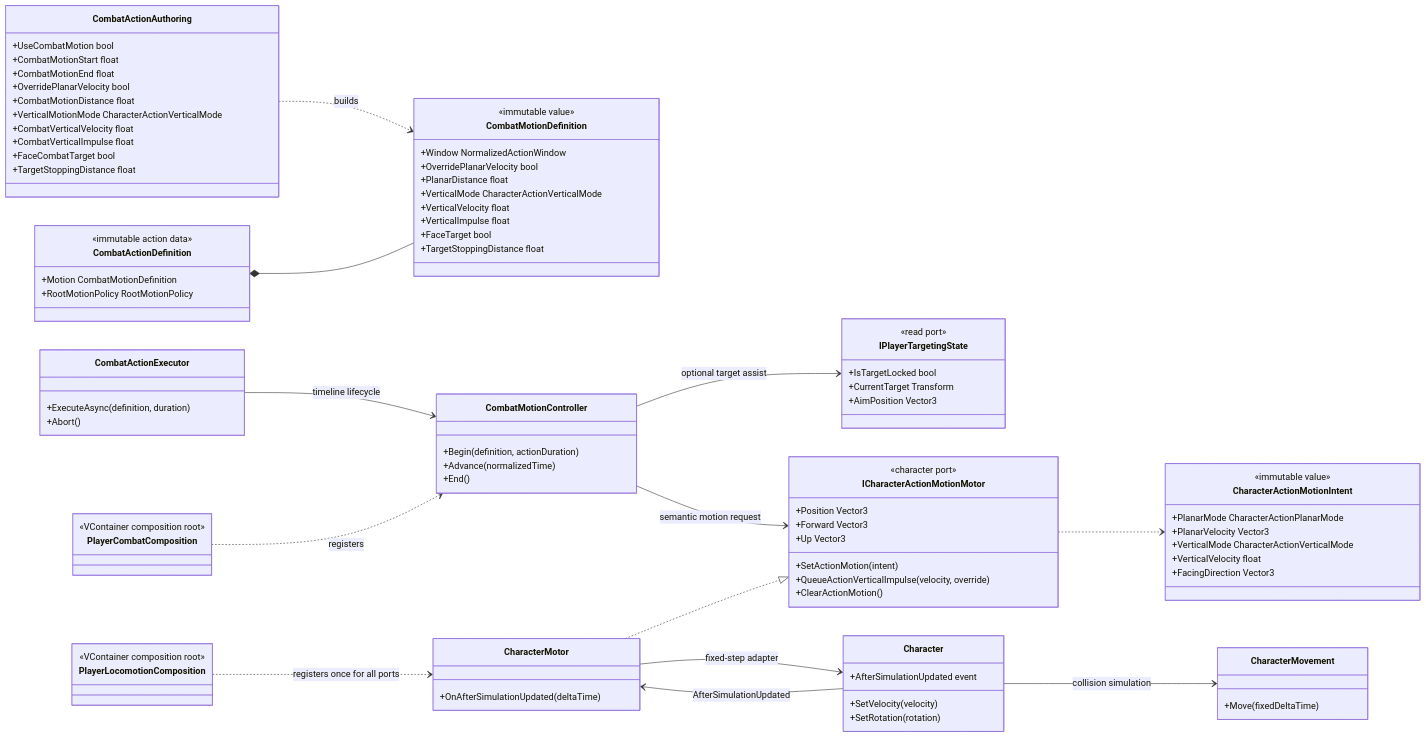
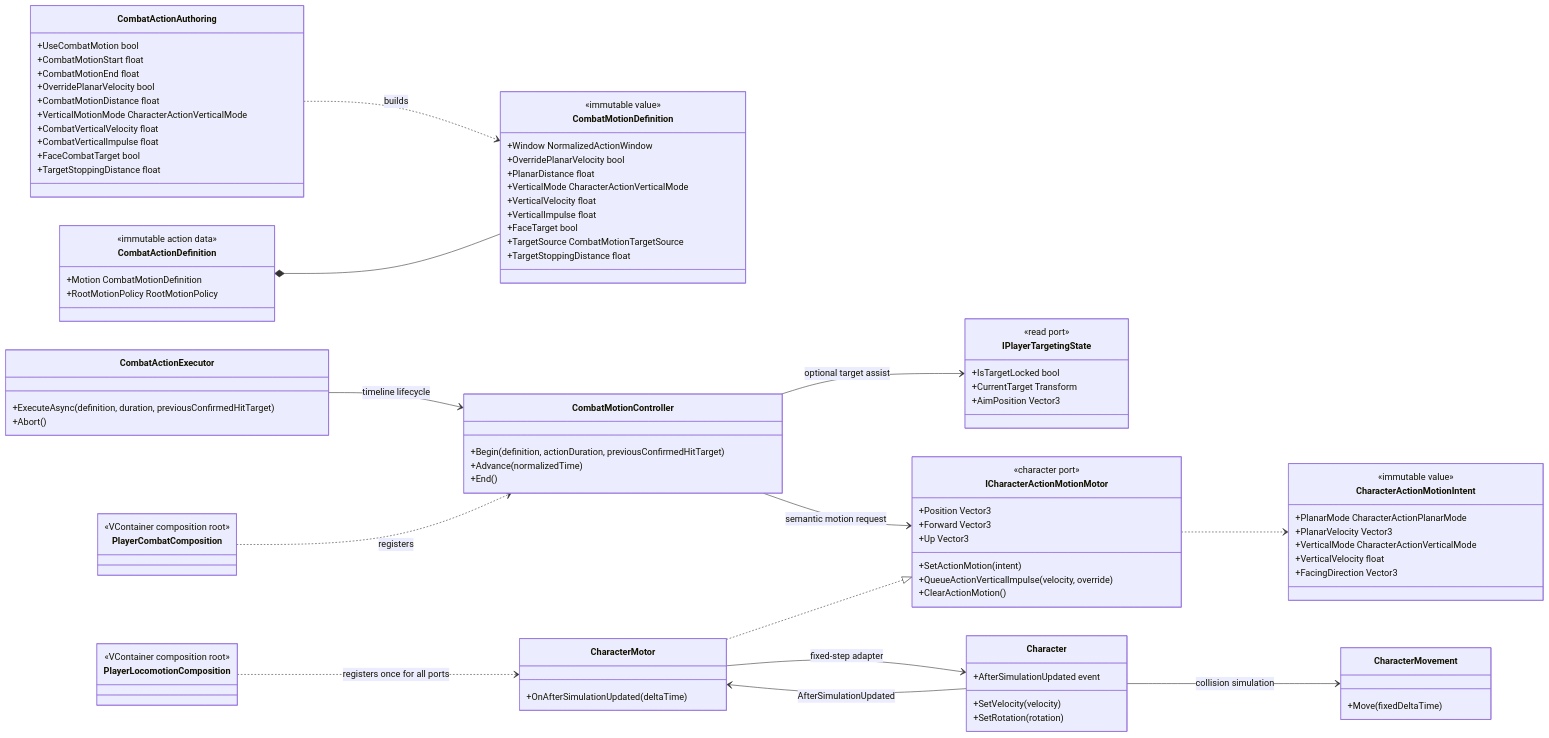
The first of 2 diagrams in Docs/Architecture/Combat.Motion.md (MaximFonariuc/project-s), drawn with Mermaid before and after one commit. The commit also changed other lines of this file and 23 other files, not shown here.

Commit message:
feat(combat): add launcher air chase flow

```diff
--- a/Docs/Architecture/Combat.Motion.md
+++ b/Docs/Architecture/Combat.Motion.md
@@ -42,14 +42,15 @@
         +VerticalVelocity float
         +VerticalImpulse float
         +FaceTarget bool
+        +TargetSource CombatMotionTargetSource
         +TargetStoppingDistance float
     }
     class CombatActionExecutor {
-        +ExecuteAsync(definition, duration)
+        +ExecuteAsync(definition, duration, previousConfirmedHitTarget)
         +Abort()
     }
     class CombatMotionController {
-        +Begin(definition, actionDuration)
+        +Begin(definition, actionDuration, previousConfirmedHitTarget)
         +Advance(normalizedTime)
         +End()
     }
```
